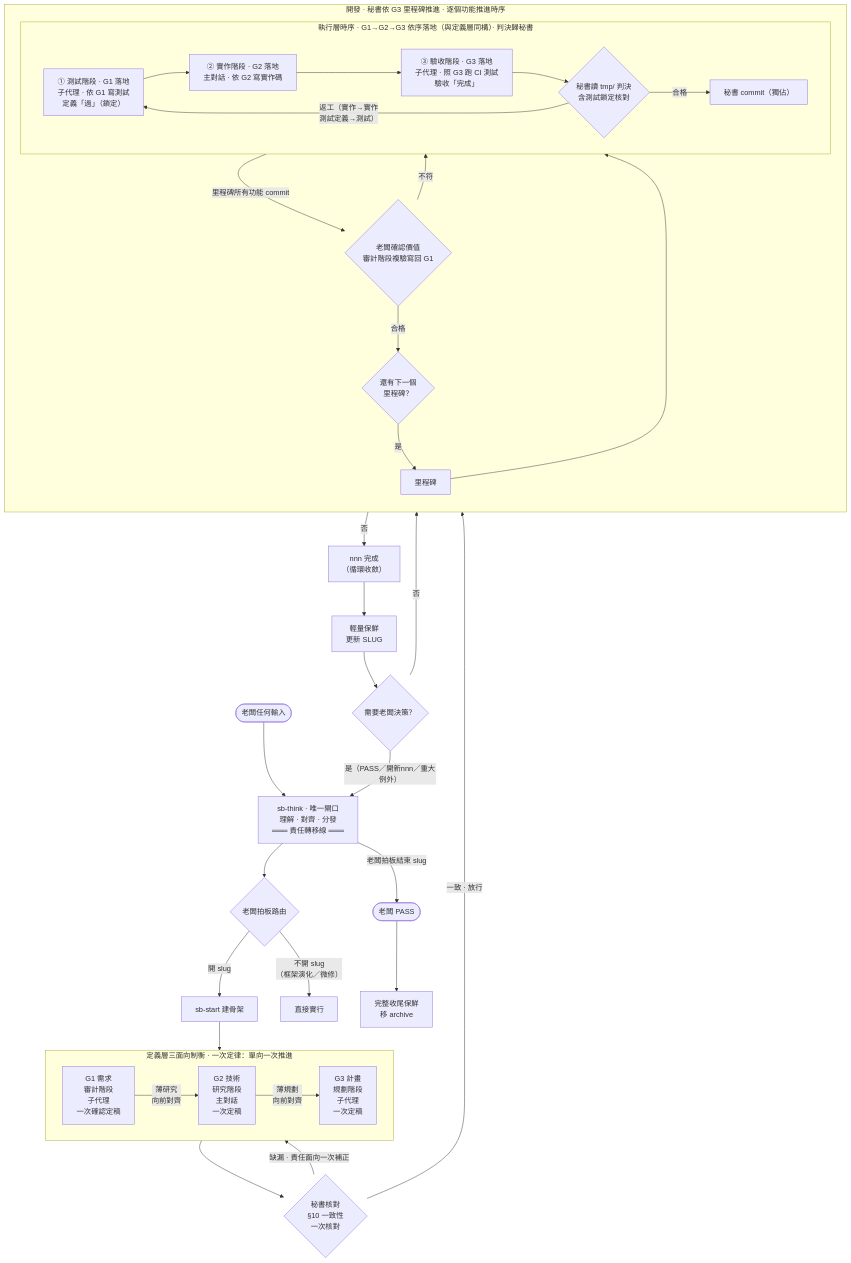
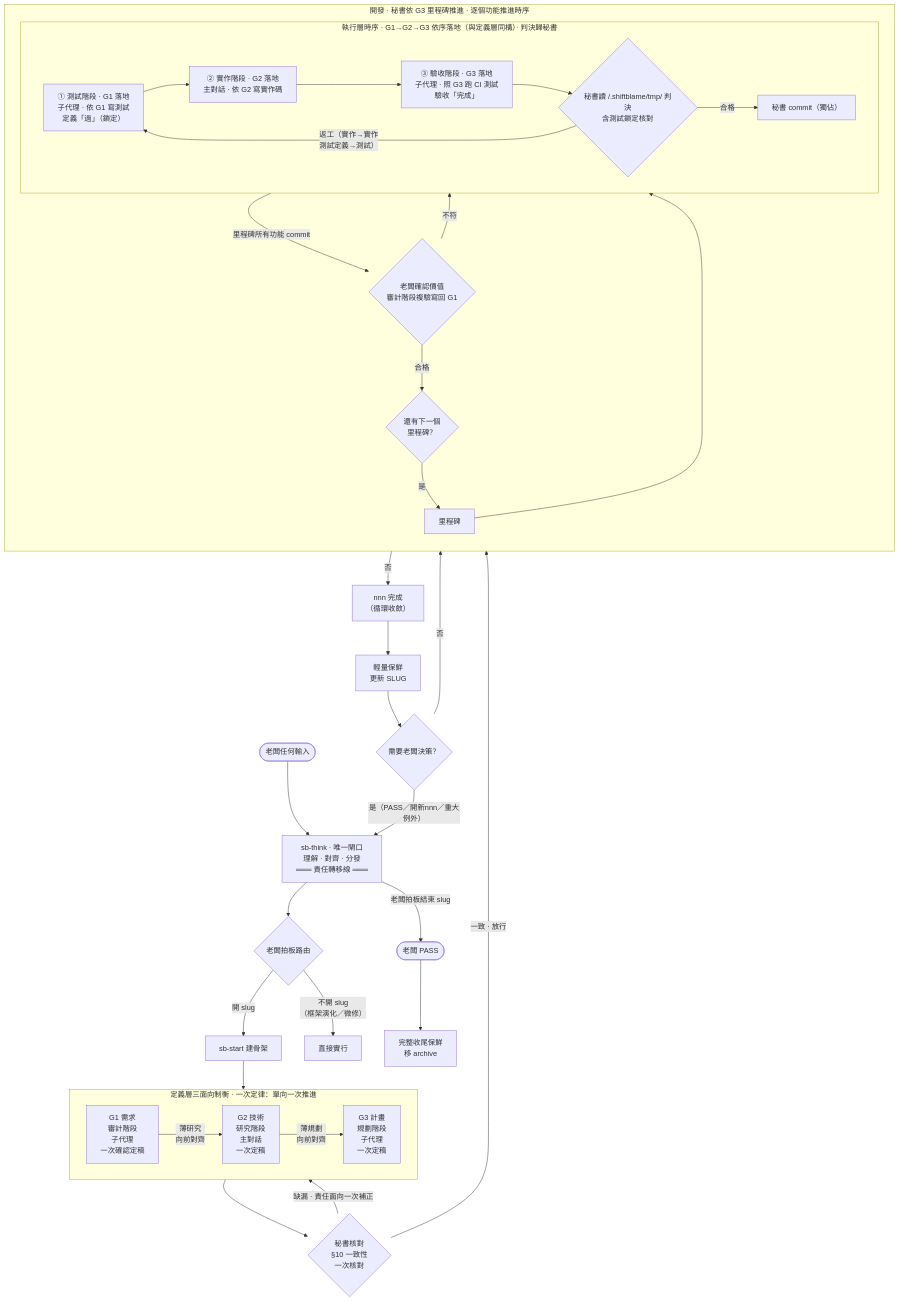
Before and after one commit to teps3105/shiftblame: the first of 2 diagrams in README.md, drawn with Mermaid. The commit also changed other lines of this file and 31 other files, not shown here.

````diff
--- a/README.md
+++ b/README.md
@@ -47,42 +47,42 @@
 ```mermaid
 flowchart TD
     Boss([老闆任何輸入]) --> Think["sb-think · 唯一閘口<br/>理解 · 對齊 · 分發<br/>═══ 責任轉移線 ═══"]
     Think --> Route{老闆拍板路由}
     Route -- "開 slug" --> Start["sb-start 建骨架"] --> Check
     Route -- "不開 slug<br/>（框架演化／微修）" --> Direct["直接實行"]
 
     subgraph Check["定義層三面向制衡 · 一次定律：單向一次推進"]
         direction LR
         G1["G1 需求<br/>審計階段<br/>子代理<br/>一次確認定稿"] -->|薄研究<br/>向前對齊| G2["G2 技術<br/>研究階段<br/>主對話<br/>一次定稿"]
         G2 -->|薄規劃<br/>向前對齊| G3["G3 計畫<br/>規劃階段<br/>子代理<br/>一次定稿"]
     end
 
     Check --> Consist{秘書核對<br/>§10 一致性<br/>一次核對}
     Consist -- 缺漏 · 責任面向一次補正 --> Check
     Consist -- 一致 · 放行 --> Dev
 
     subgraph Dev["開發 · 秘書依 G3 里程碑推進 · 逐個功能推進時序"]
         direction TB
         MS["里程碑"] --> Loop
         subgraph Loop["執行層時序 · G1→G2→G3 依序落地（與定義層同構）· 判決歸秘書"]
             direction LR
             T["① 測試階段 · G1 落地<br/>子代理 · 依 G1 寫測試<br/>定義「過」（鎖定）"] --> D["② 實作階段 · G2 落地<br/>主對話 · 依 G2 寫實作碼"]
             D --> A["③ 驗收階段 · G3 落地<br/>子代理 · 照 G3 跑 CI 測試<br/>驗收「完成」"]
-            A --> Judge{秘書讀 tmp/ 判決<br/>含測試鎖定核對}
+            A --> Judge{秘書讀 <repo>/.shiftblame/tmp/ 判決<br/>含測試鎖定核對}
             Judge -- 合格 --> Commit["秘書 commit（獨佔）"]
             Judge -- "返工（實作→實作<br/>測試定義→測試）" --> T
         end
         Loop -- 里程碑所有功能 commit --> MA{"老闆確認價值<br/>審計階段複驗寫回 G1"}
         MA -- 不符 --> Loop
         MA -- 合格 --> Next{還有下一個<br/>里程碑？}
         Next -- 是 --> MS
     end
 
     Next -- 否 --> NnnDone["nnn 完成<br/>（循環收斂）"]
     NnnDone --> LightFresh["輕量保鮮<br/>更新 SLUG"]
     LightFresh --> Decide{"需要老闆決策？"}
     Decide -- 是（PASS／開新nnn／重大例外） --> Think
     Decide -- 否 --> Dev
     Think -- 老闆拍板結束 slug --> Pass([老闆 PASS])
     Pass --> FullFresh["完整收尾保鮮<br/>移 archive"]
 ```
````
